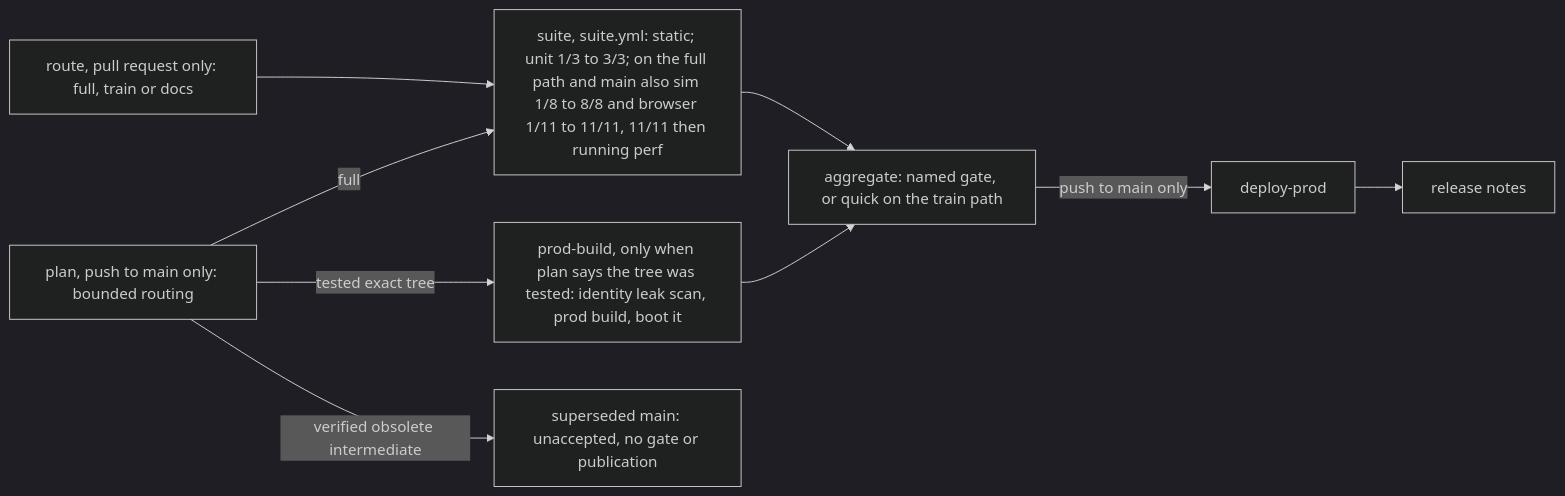
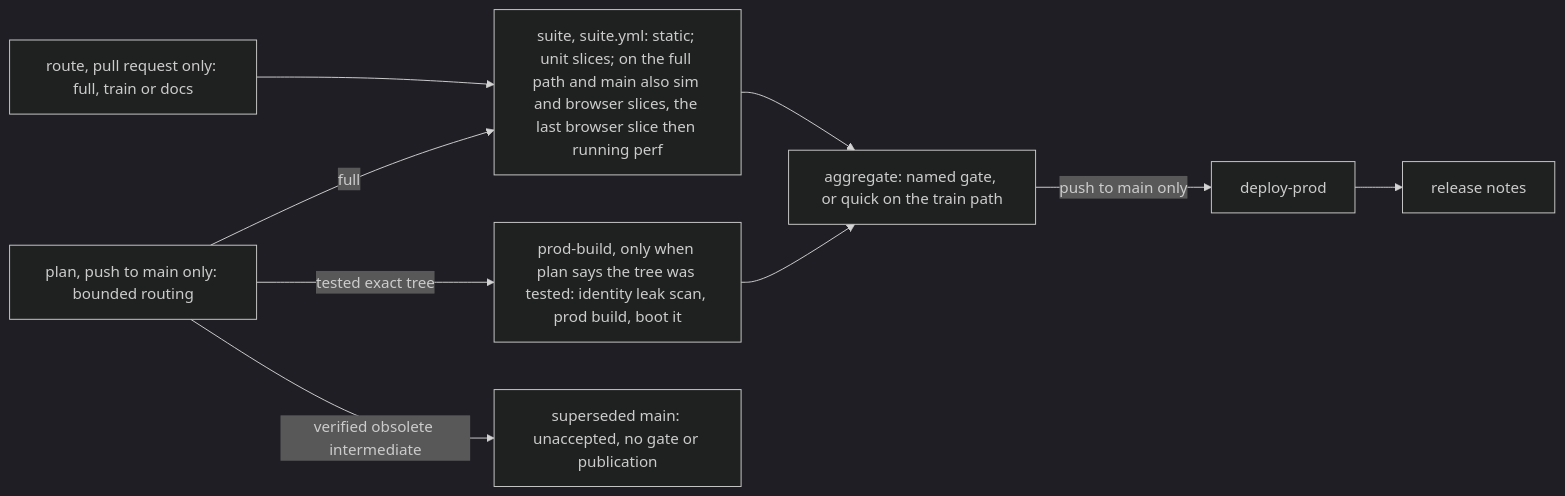
The diagram in docs/engineering.md (joshuasundance-swca/throttlebrawl), drawn with Mermaid (dark theme) before and after one commit. The commit also changed other lines of this file and 13 other files, not shown here.

````diff
--- a/docs/engineering.md
+++ b/docs/engineering.md
@@ -300,11 +300,11 @@
 ```mermaid
 flowchart LR
   P[plan, push to main only: bounded routing] -->|full| SU
   P -->|tested exact tree| B
   P -->|verified obsolete intermediate| X[superseded main: unaccepted, no gate or publication]
   RT[route, pull request only: full, train or docs] --> SU
-  SU[suite, suite.yml: static; unit 1/3 to 3/3; on the full path and main also sim 1/8 to 8/8 and browser 1/11 to 11/11, 11/11 then running perf] --> G
+  SU[suite, suite.yml: static; unit slices; on the full path and main also sim and browser slices, the last browser slice then running perf] --> G
   B[prod-build, only when plan says the tree was tested: identity leak scan, prod build, boot it] --> G
   G[aggregate: named gate, or quick on the train path] -->|push to main only| D[deploy-prod]
   D --> R[release notes]
 ```
````
